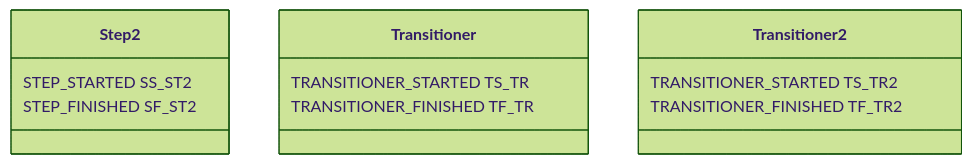
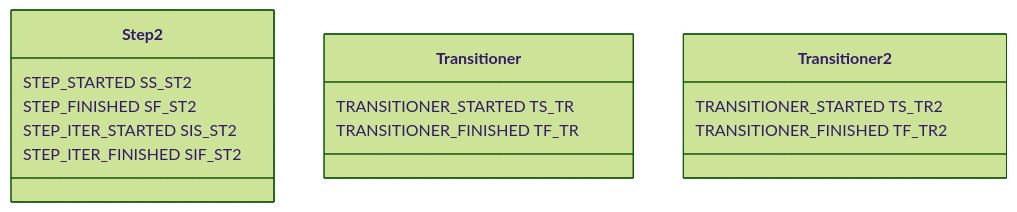
Before and after one commit to codekrolik2/Werk2: the third of 4 diagrams in Docs/CallGraph Build Rules.md, drawn with Mermaid (forest theme). The commit also changed other lines of this file and 14 other files, not shown here.

````diff
--- a/Docs/CallGraph Build Rules.md
+++ b/Docs/CallGraph Build Rules.md
@@ -45,13 +51,15 @@
 ```mermaid
 classDiagram
 class Step2
 Step2 : STEP_STARTED SS_ST2
 Step2 : STEP_FINISHED SF_ST2
+Step2 : STEP_ITER_STARTED SIS_ST2
+Step2 : STEP_ITER_FINISHED SIF_ST2
 class Transitioner
 Transitioner : TRANSITIONER_STARTED TS_TR
 Transitioner : TRANSITIONER_FINISHED TF_TR
 
 class Transitioner2
 Transitioner2 : TRANSITIONER_STARTED TS_TR2
 Transitioner2 : TRANSITIONER_FINISHED TF_TR2
 ```
````
